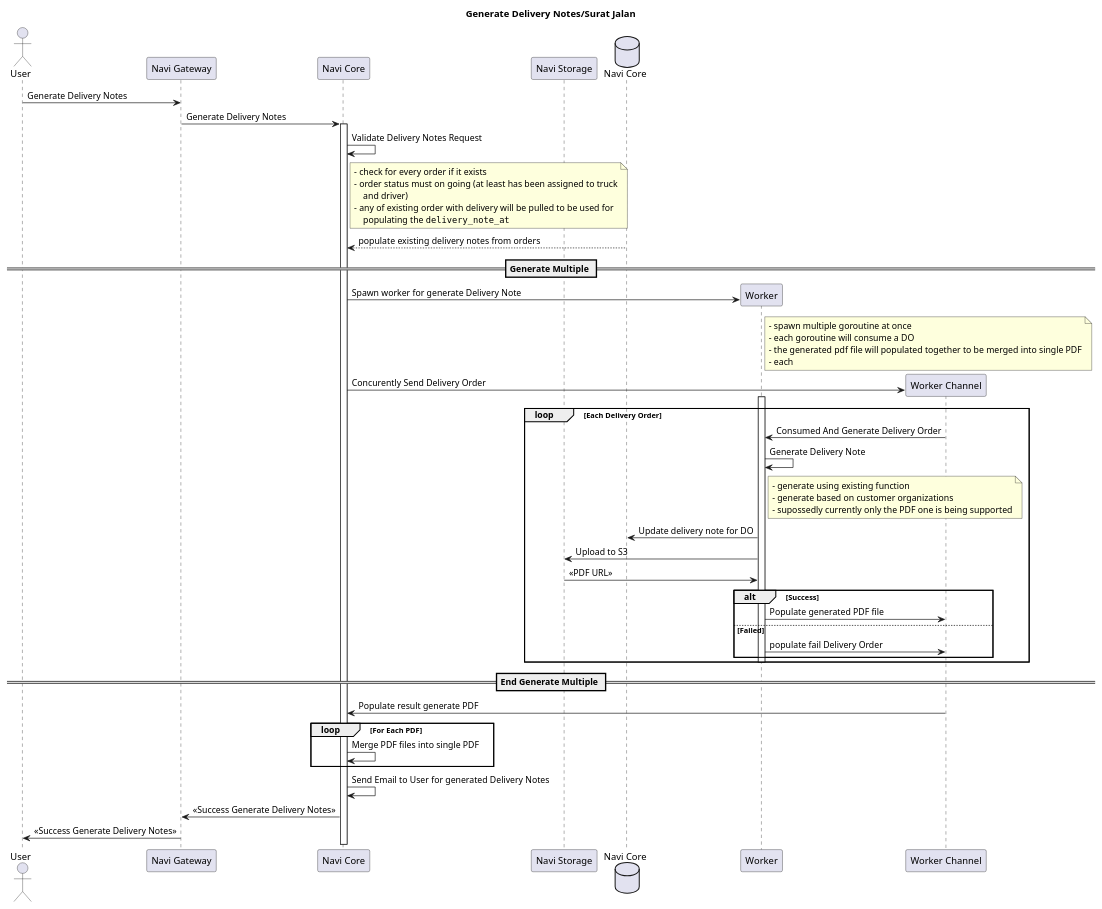
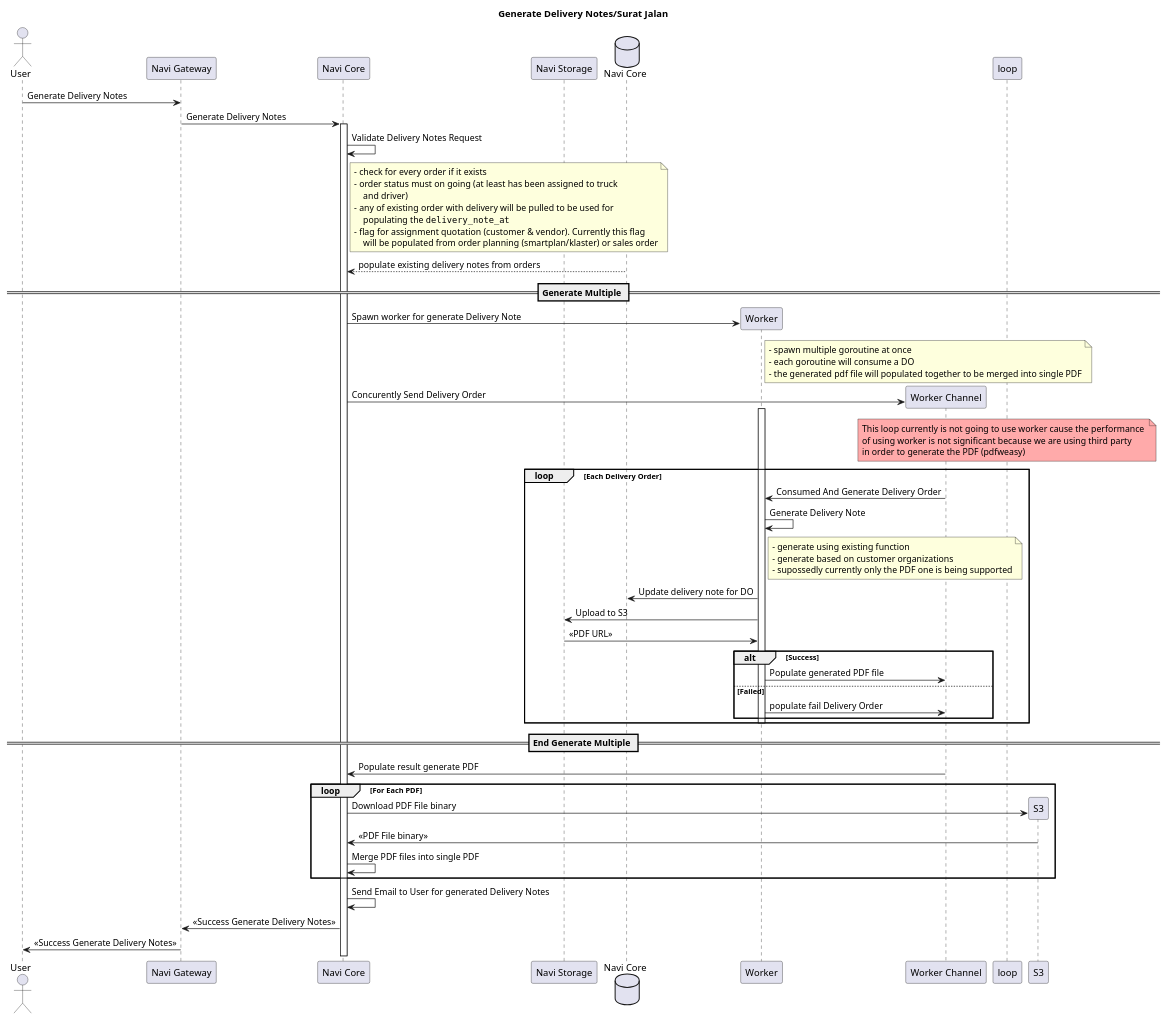
One commit to kcchandra-w6/system-design changed the diagram in mobi/order/generate-delvery-notes.puml. Above: the diagram before and after it, drawn with PlantUML.

Commit message:
feat(mobi): enhance UML diagram for delivery notes with assignment quotation and performance notes

```diff
--- a/mobi/order/generate-delvery-notes.puml
+++ b/mobi/order/generate-delvery-notes.puml
@@ -1,76 +1,86 @@
 @startuml generate-delivery-notes
 
 title Generate Delivery Notes/Surat Jalan
 
 actor "User" as user
 participant "Navi Gateway" as gateway
 participant "Navi Core" as core
 participant "Navi Storage" as nstorage
 database "Navi Core" as db
 
 user -> gateway: Generate Delivery Notes
 
 gateway -> core: Generate Delivery Notes
 
 activate core
 core -> core: Validate Delivery Notes Request
 note right of core
     - check for every order if it exists
     - order status must on going (at least has been assigned to truck
         and driver)
     - any of existing order with delivery will be pulled to be used for
         populating the ""delivery_note_at""
+    - flag for assignment quotation (customer & vendor). Currently this flag
+        will be populated from order planning (smartplan/klaster) or sales order
 end note
 
 core <-- db: populate existing delivery notes from orders
 
 == Generate Multiple ==
 
 create "Worker" as worker
 core -> worker: Spawn worker for generate Delivery Note
 note right of worker
     - spawn multiple goroutine at once
     - each goroutine will consume a DO
     - the generated pdf file will populated together to be merged into single PDF
-    - each 
 end note
 
 create "Worker Channel" as workerchannel
 core -> workerchannel: Concurently Send Delivery Order
+
+note over loop #FFAAAA
+     This loop currently is not going to use worker cause the performance 
+     of using worker is not significant because we are using third party 
+     in order to generate the PDF (pdfweasy)
+end note
 
 loop Each Delivery Order
     activate worker
     workerchannel -> worker: Consumed And Generate Delivery Order
     worker -> worker: Generate Delivery Note
     note right of worker
         - generate using existing function
         - generate based on customer organizations
         - supossedly currently only the PDF one is being supported
     end note
 
     worker -> db: Update delivery note for DO
     worker -> nstorage: Upload to S3
     nstorage -> worker: << PDF URL >>
 
     alt Success
         worker -> workerchannel: Populate generated PDF file
     else Failed
         worker -> workerchannel: populate fail Delivery Order
     end
 
     deactivate worker
 end
 
 == End Generate Multiple ==
 
 workerchannel -> core: Populate result generate PDF
 loop For Each PDF 
+    create "S3" as awsstorage
+    core -> awsstorage: Download PDF File binary
+    awsstorage -> core: << PDF File binary >>
     core -> core: Merge PDF files into single PDF
 end
 
 core -> core: Send Email to User for generated Delivery Notes
 
 core -> gateway: << Success Generate Delivery Notes >>
 gateway -> user: << Success Generate Delivery Notes >>
 
 @enduml
```
